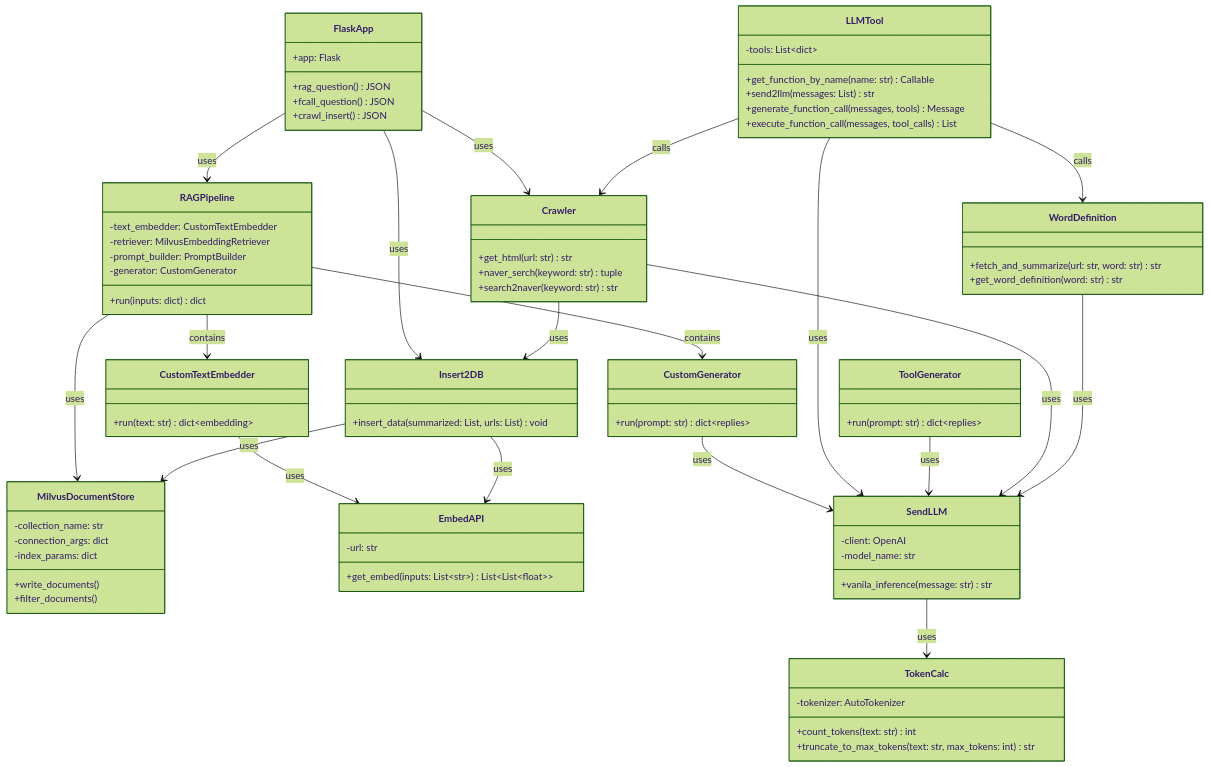
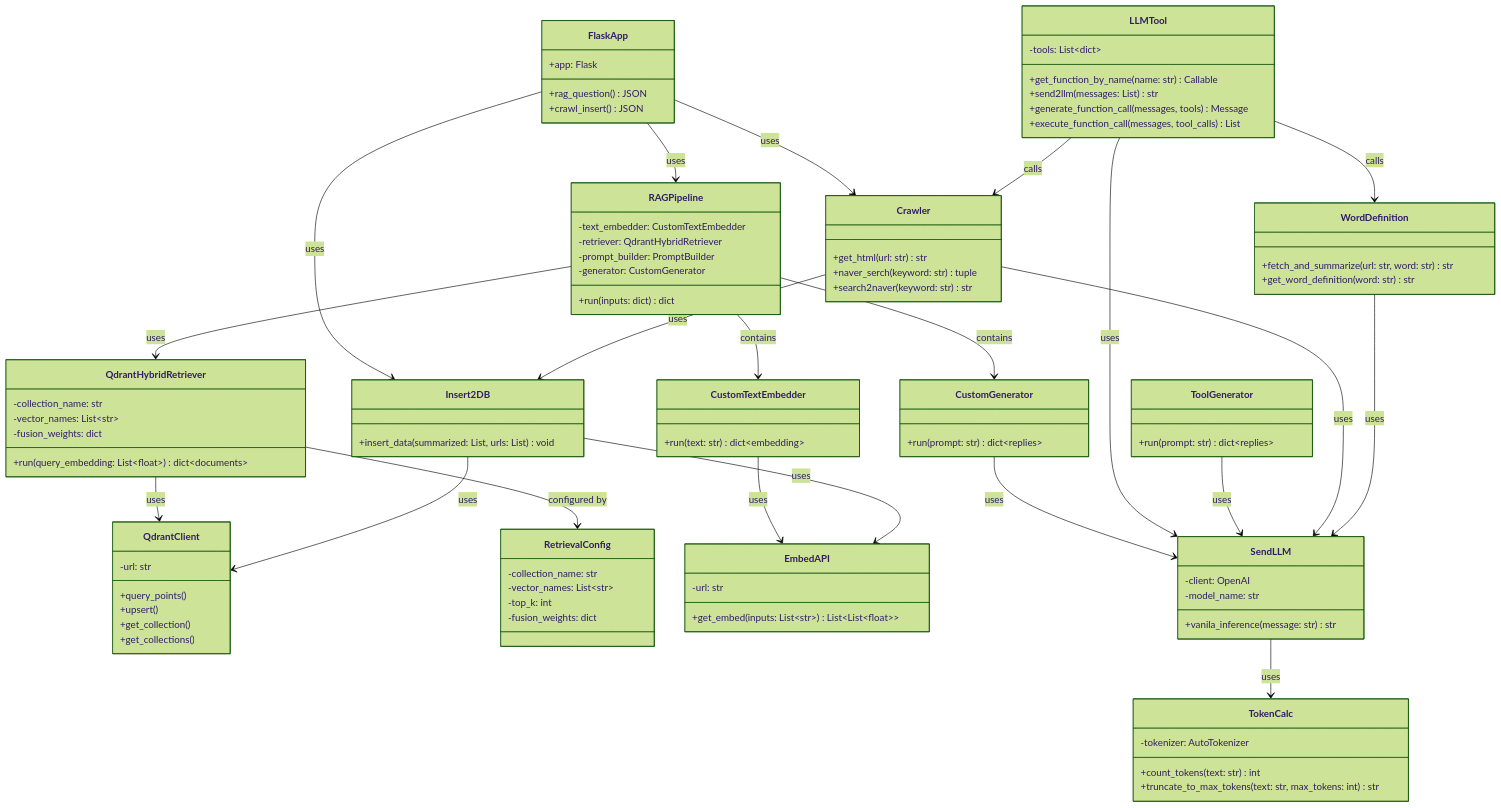
One commit to JMTdongsan/AI_router changed the diagram in assets/diagrams/class_diagram.md. Above: the diagram before and after it, drawn with Mermaid (forest theme). The commit also changed 21 other files, not shown here.

```diff
--- a/assets/diagrams/class_diagram.md
+++ b/assets/diagrams/class_diagram.md
@@ -7,13 +7,12 @@
     class FlaskApp {
         +app: Flask
         +rag_question() JSON
-        +fcall_question() JSON
         +crawl_insert() JSON
     }
 
     class RAGPipeline {
         -text_embedder: CustomTextEmbedder
-        -retriever: MilvusEmbeddingRetriever
+        -retriever: QdrantHybridRetriever
         -prompt_builder: PromptBuilder
         -generator: CustomGenerator
         +run(inputs: dict) dict
@@ -27,12 +26,26 @@
         +run(prompt: str) dict~replies~
     }
 
-    class MilvusDocumentStore {
+    class QdrantHybridRetriever {
         -collection_name: str
-        -connection_args: dict
-        -index_params: dict
-        +write_documents()
-        +filter_documents()
+        -vector_names: List~str~
+        -fusion_weights: dict
+        +run(query_embedding: List~float~) dict~documents~
+    }
+
+    class QdrantClient {
+        -url: str
+        +query_points()
+        +upsert()
+        +get_collection()
+        +get_collections()
+    }
+
+    class RetrievalConfig {
+        -collection_name: str
+        -vector_names: List~str~
+        -top_k: int
+        -fusion_weights: dict
     }
 
     class EmbedAPI {
@@ -86,7 +99,9 @@
 
     RAGPipeline --> CustomTextEmbedder : contains
     RAGPipeline --> CustomGenerator : contains
-    RAGPipeline --> MilvusDocumentStore : uses
+    RAGPipeline --> QdrantHybridRetriever : uses
+    QdrantHybridRetriever --> QdrantClient : uses
+    QdrantHybridRetriever --> RetrievalConfig : configured by
 
     CustomTextEmbedder --> EmbedAPI : uses
     CustomGenerator --> SendLLM : uses
@@ -100,7 +115,7 @@
     Crawler --> Insert2DB : uses
 
     Insert2DB --> EmbedAPI : uses
-    Insert2DB --> MilvusDocumentStore : uses
+    Insert2DB --> QdrantClient : uses
 
     SendLLM --> TokenCalc : uses
     WordDefinition --> SendLLM : uses
```
